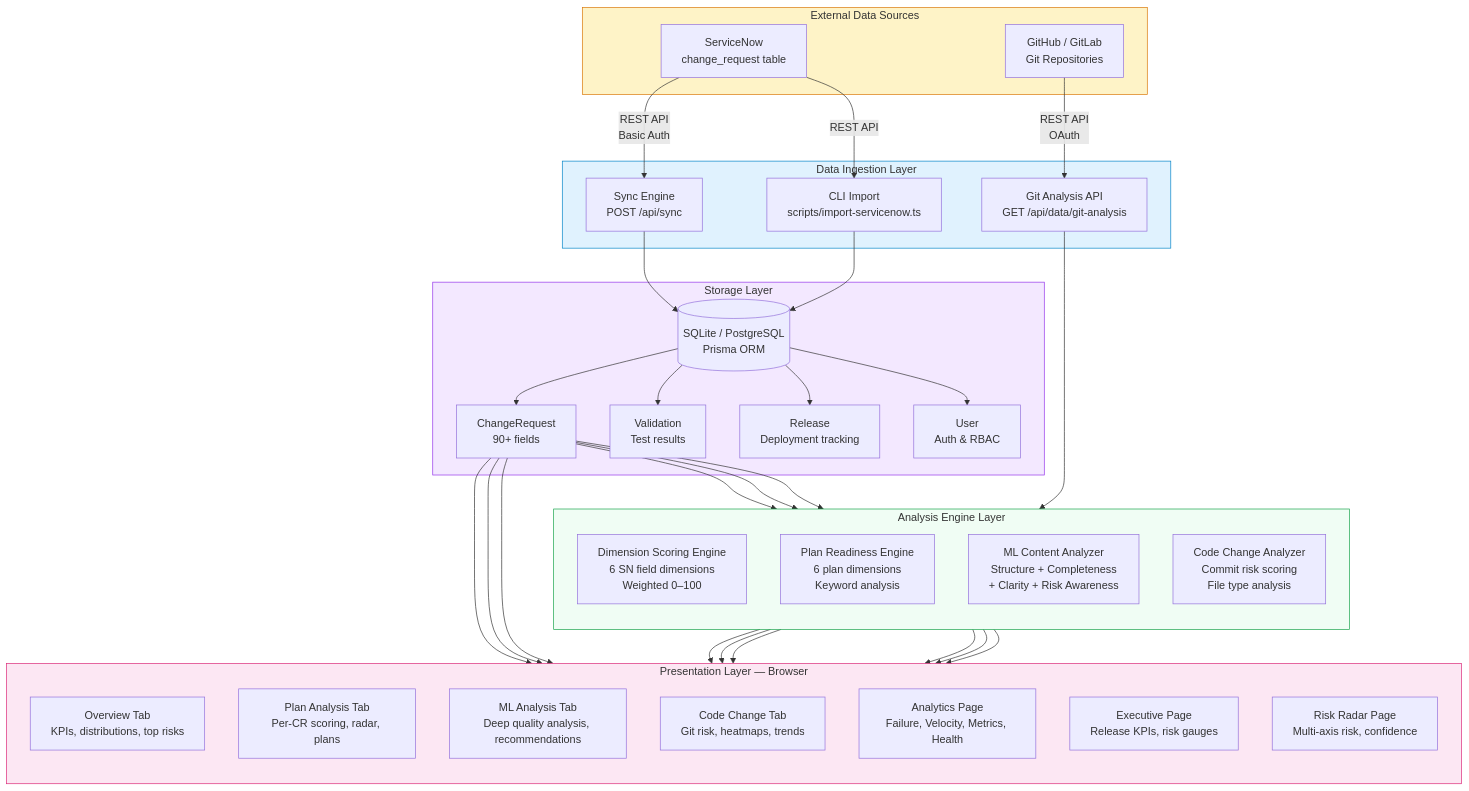
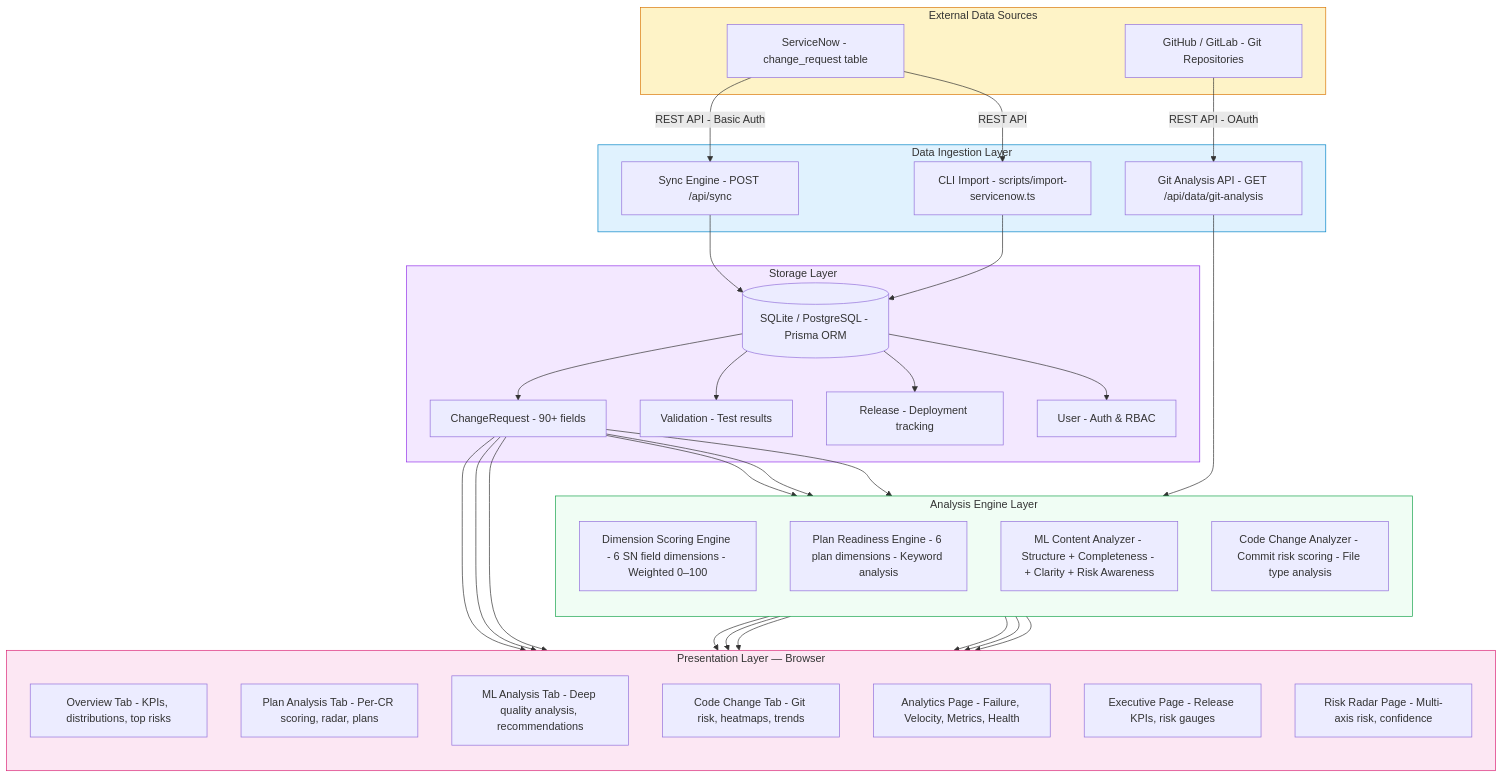
One commit to jj-shen99/changefabric changed the first of 6 diagrams in docs/CHANGE_MANAGEMENT_ARCHITECTURE.md. Above: the diagram before and after it, drawn with Mermaid. The commit also changed other lines of this file and 10 other files, not shown here.

First line of the commit message:
Fix Mermaid syntax errors, update all docs to v1.3.0

````diff
--- a/docs/CHANGE_MANAGEMENT_ARCHITECTURE.md
+++ b/docs/CHANGE_MANAGEMENT_ARCHITECTURE.md
@@ -10,73 +10,73 @@
 ```mermaid
 graph TB
     subgraph External["External Data Sources"]
-        SN[ServiceNow<br/>change_request table]
-        GH[GitHub / GitLab<br/>Git Repositories]
+        SN[ServiceNow - change_request table]
+        GH[GitHub / GitLab - Git Repositories]
     end
 
     subgraph Ingestion["Data Ingestion Layer"]
-        SYNC[Sync Engine<br/>POST /api/sync]
-        CLI[CLI Import<br/>scripts/import-servicenow.ts]
-        GITAPI[Git Analysis API<br/>GET /api/data/git-analysis]
+        SYNC[Sync Engine - POST /api/sync]
+        CLI[CLI Import - scripts/import-servicenow.ts]
+        GITAPI[Git Analysis API - GET /api/data/git-analysis]
     end
 
     subgraph Storage["Storage Layer"]
-        DB[(SQLite / PostgreSQL<br/>Prisma ORM)]
-        CR_TBL[ChangeRequest<br/>90+ fields]
-        VAL_TBL[Validation<br/>Test results]
-        REL_TBL[Release<br/>Deployment tracking]
-        USR_TBL[User<br/>Auth & RBAC]
+        DB[(SQLite / PostgreSQL - Prisma ORM)]
+        CR_TBL[ChangeRequest - 90+ fields]
+        VAL_TBL[Validation - Test results]
+        REL_TBL[Release - Deployment tracking]
+        USR_TBL[User - Auth & RBAC]
     end
 
     subgraph Analysis["Analysis Engine Layer"]
         direction TB
-        DIM[Dimension Scoring Engine<br/>6 SN field dimensions<br/>Weighted 0–100]
-        PLAN[Plan Readiness Engine<br/>6 plan dimensions<br/>Keyword analysis]
-        ML[ML Content Analyzer<br/>Structure + Completeness<br/>+ Clarity + Risk Awareness]
-        GIT[Code Change Analyzer<br/>Commit risk scoring<br/>File type analysis]
+        DIM[Dimension Scoring Engine - 6 SN field dimensions - Weighted 0–100]
+        PLAN[Plan Readiness Engine - 6 plan dimensions - Keyword analysis]
+        ML[ML Content Analyzer - Structure + Completeness - + Clarity + Risk Awareness]
+        GIT[Code Change Analyzer - Commit risk scoring - File type analysis]
     end
 
     subgraph Presentation["Presentation Layer — Browser"]
         direction TB
-        OV[Overview Tab<br/>KPIs, distributions, top risks]
-        PA[Plan Analysis Tab<br/>Per-CR scoring, radar, plans]
-        MA[ML Analysis Tab<br/>Deep quality analysis, recommendations]
-        CA[Code Change Tab<br/>Git risk, heatmaps, trends]
-        AN[Analytics Page<br/>Failure, Velocity, Metrics, Health]
-        EX[Executive Page<br/>Release KPIs, risk gauges]
-        RR[Risk Radar Page<br/>Multi-axis risk, confidence]
+        OV[Overview Tab - KPIs, distributions, top risks]
+        PA[Plan Analysis Tab - Per-CR scoring, radar, plans]
+        MA[ML Analysis Tab - Deep quality analysis, recommendations]
+        CA[Code Change Tab - Git risk, heatmaps, trends]
+        AN[Analytics Page - Failure, Velocity, Metrics, Health]
+        EX[Executive Page - Release KPIs, risk gauges]
+        RR[Risk Radar Page - Multi-axis risk, confidence]
     end
 
-    SN -->|"REST API<br/>Basic Auth"| SYNC
+    SN -->|"REST API - Basic Auth"| SYNC
     SN -->|"REST API"| CLI
-    GH -->|"REST API<br/>OAuth"| GITAPI
+    GH -->|"REST API - OAuth"| GITAPI
 
     SYNC --> DB
     CLI --> DB
     DB --> CR_TBL
     DB --> VAL_TBL
     DB --> REL_TBL
     DB --> USR_TBL
 
     CR_TBL --> DIM
     CR_TBL --> PLAN
     CR_TBL --> ML
     GITAPI --> GIT
 
     DIM --> OV
     DIM --> PA
     PLAN --> OV
     PLAN --> PA
     ML --> MA
     GIT --> CA
 
     CR_TBL --> AN
     CR_TBL --> EX
     CR_TBL --> RR
 
     style External fill:#fef3c7,stroke:#d97706
     style Ingestion fill:#e0f2fe,stroke:#0284c7
     style Storage fill:#f3e8ff,stroke:#9333ea
     style Analysis fill:#f0fdf4,stroke:#16a34a
     style Presentation fill:#fce7f3,stroke:#db2777
 ```
````
